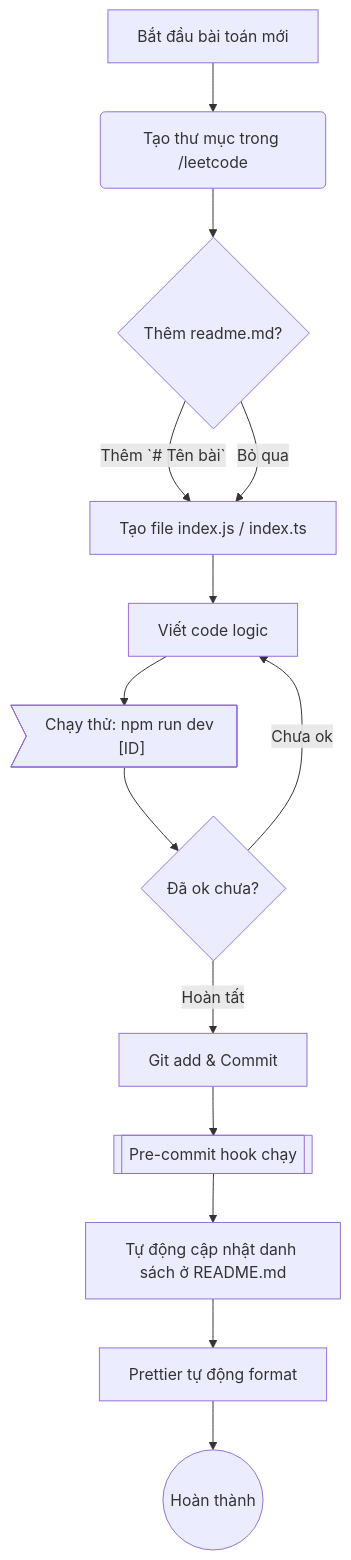
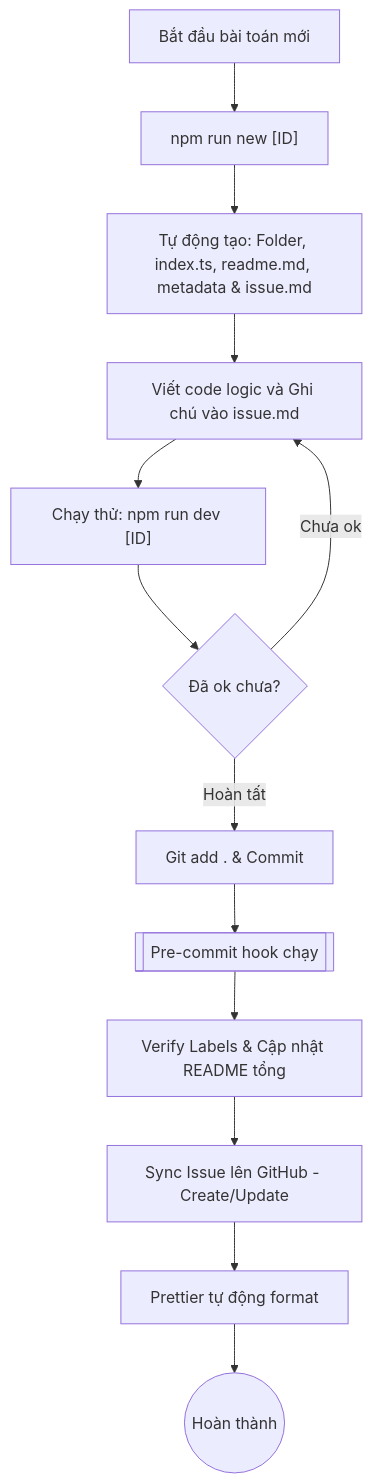
Before and after one commit to dat-dv/leetcode-playgroundxzd9: the diagram in WORKFLOW.md, drawn with Mermaid. The commit also changed other lines of this file and 22 other files, not shown here.

Commit message:
refactor: modularize script architecture and add GitHub issue management tools

````diff
--- a/WORKFLOW.md
+++ b/WORKFLOW.md
@@ -5,16 +5,15 @@
 ```mermaid
 graph TD
-    A[Bắt đầu bài toán mới] --> B(Tạo thư mục trong /leetcode)
-    B --> C{Thêm readme.md?}
-    C -->|Thêm `# Tên bài`| D[Tạo file index.js / index.ts]
-    C -->|Bỏ qua| D
-    D --> E[Viết code logic]
-    E --> F>"Chạy thử: npm run dev [ID]"]
-    F --> G{Đã ok chưa?}
-    G -->|Chưa ok| E
-    G -->|Hoàn tất| H[Git add & Commit]
-    H --> I[[Pre-commit hook chạy]]
-    I --> J[Tự động cập nhật danh sách ở README.md]
+    A[Bắt đầu bài toán mới] --> B["npm run new [ID]"]
+    B --> C["Tự động tạo: Folder, index.ts, readme.md, metadata & issue.md"]
+    C --> D[Viết code logic và Ghi chú vào issue.md]
+    D --> E["Chạy thử: npm run dev [ID]"]
+    E --> F{Đã ok chưa?}
+    F -->|Chưa ok| D
+    F -->|Hoàn tất| G[Git add . & Commit]
+    G --> H[[Pre-commit hook chạy]]
+    H --> I[Verify Labels & Cập nhật README tổng]
+    I --> J[Sync Issue lên GitHub - Create/Update]
     J --> K[Prettier tự động format]
     K --> L((Hoàn thành))
 ```
````
